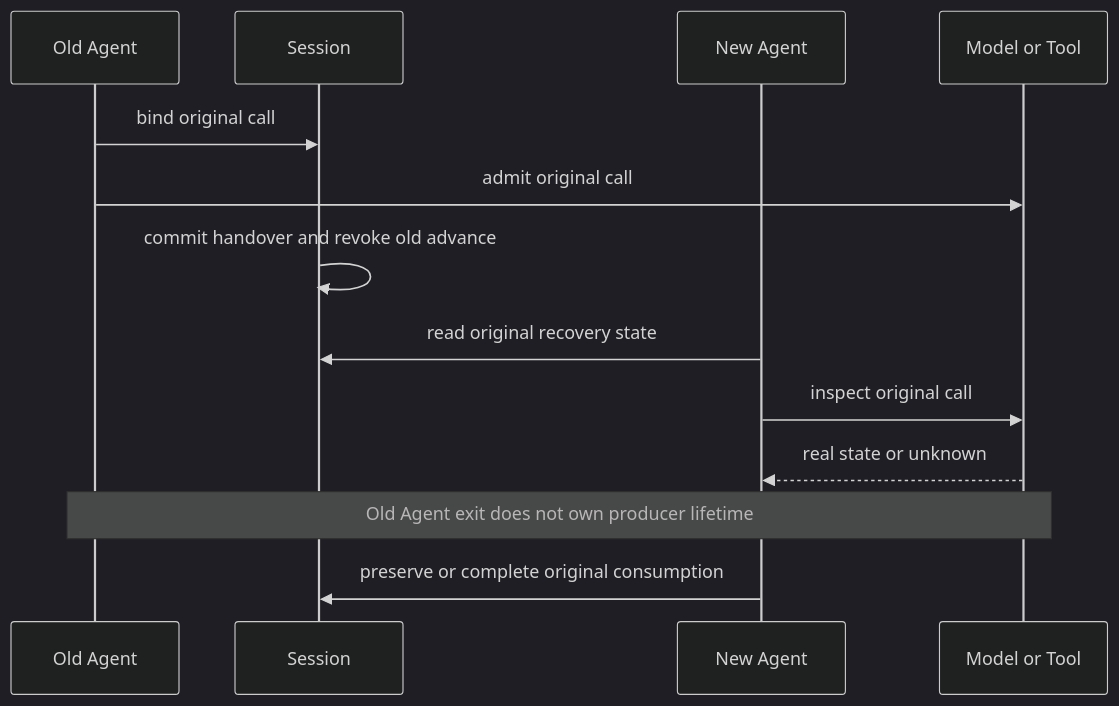
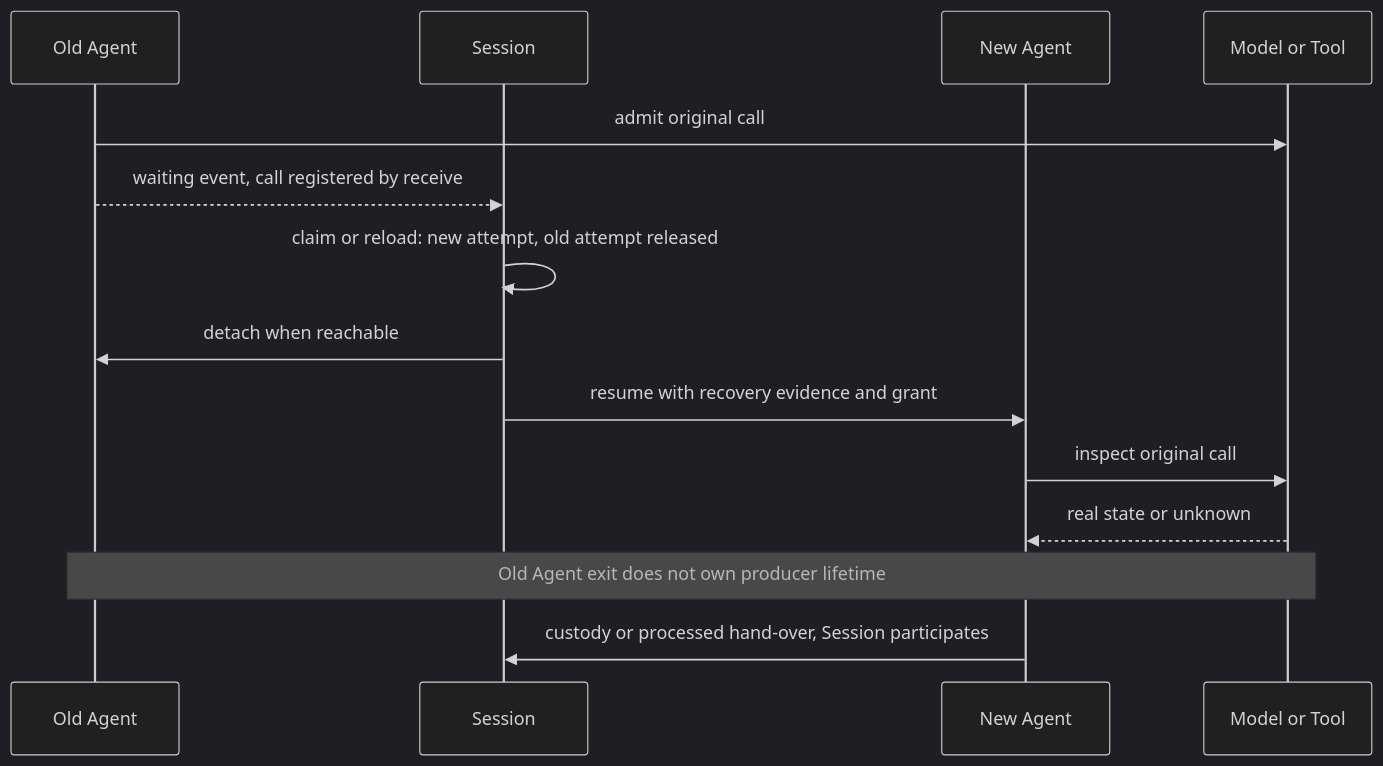
One commit to nemori-ai/omne-harness-lite changed the second of 2 diagrams in packages/session/session-contract/docs/context.md. Above: the diagram before and after it, drawn with Mermaid (dark theme). The commit also changed other lines of this file and 16 other files, not shown here.

````diff
--- a/packages/session/session-contract/docs/context.md
+++ b/packages/session/session-contract/docs/context.md
@@ -38,15 +43,16 @@
 ```mermaid
 sequenceDiagram
   participant Old as Old Agent
   participant S as Session
   participant New as New Agent
   participant M as Model or Tool
-  Old->>S: bind original call
   Old->>M: admit original call
-  S->>S: commit handover and revoke old advance
-  New->>S: read original recovery state
+  Old-->>S: waiting event, call registered by receive
+  S->>S: claim or reload: new attempt, old attempt released
+  S->>Old: detach when reachable
+  S->>New: resume with recovery evidence and grant
   New->>M: inspect original call
   M-->>New: real state or unknown
   Note over Old,M: Old Agent exit does not own producer lifetime
-  New->>S: preserve or complete original consumption
+  New->>S: custody or processed hand-over, Session participates
 ```
````
